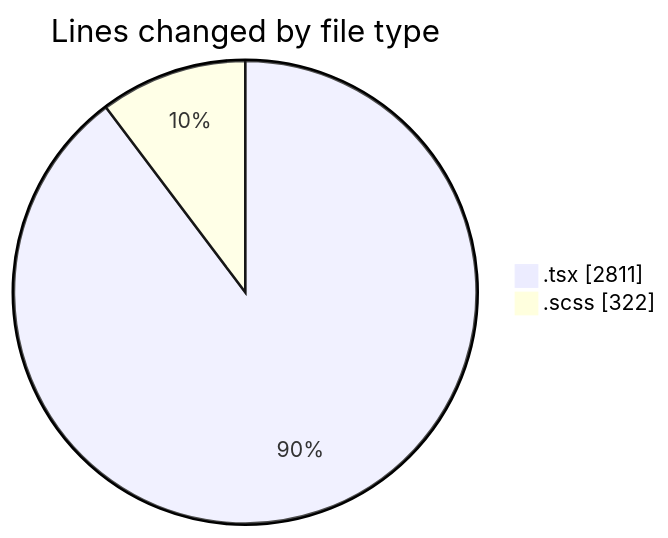
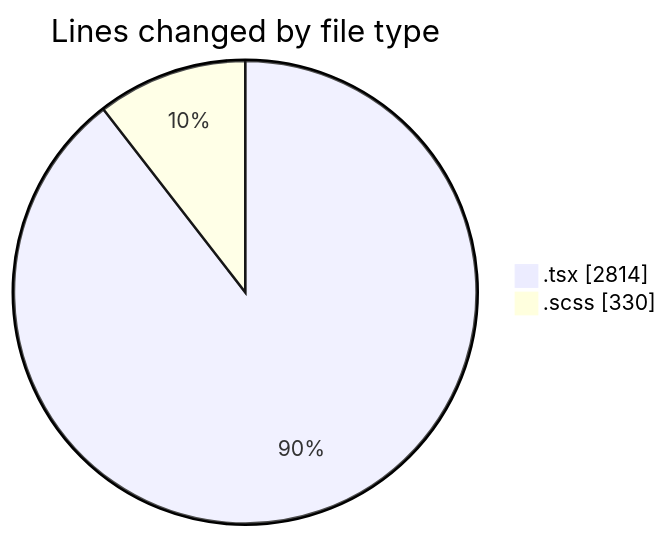
One commit to momahboobian/code-tracking changed the first of 2 diagrams in 2026-10-20/cda/README.md. Above: the diagram before and after it, drawn with Mermaid. The commit also changed other lines of this file and 1 other file, not shown here.

````diff
--- a/2026-10-20/cda/README.md
+++ b/2026-10-20/cda/README.md
@@ -31,6 +31,6 @@
 ```mermaid
 pie showData
 title Lines changed by file type
-".tsx" : 2811
-".scss" : 322
+".tsx" : 2814
+".scss" : 330
 ```
````
